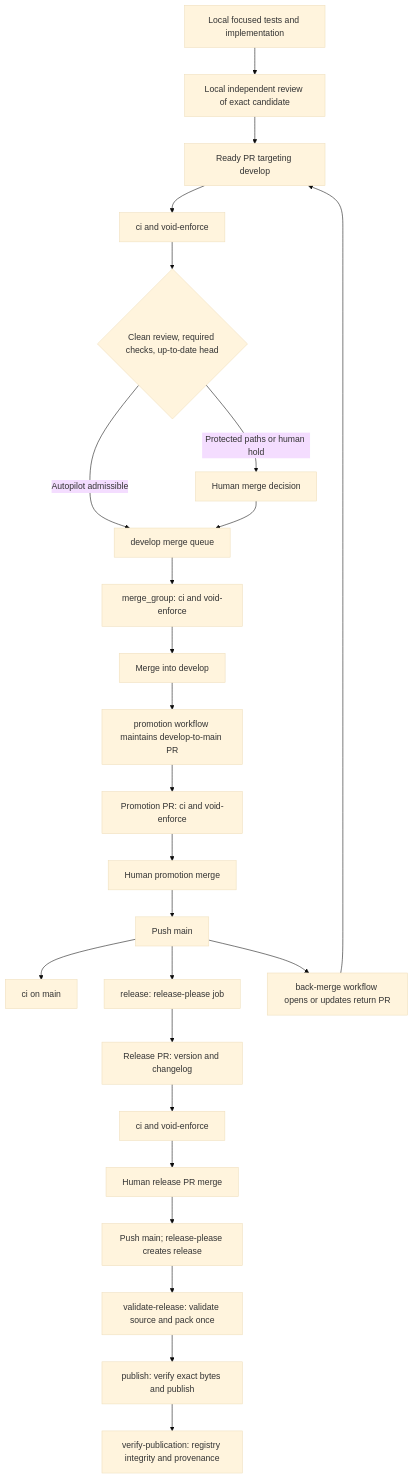
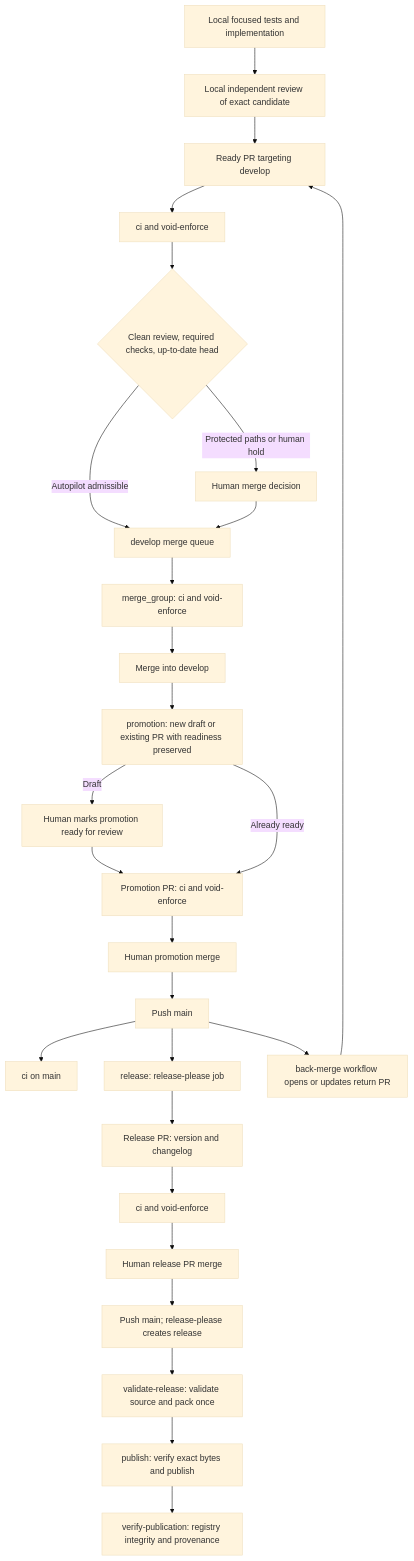
The first of 4 diagrams in docs/CI-CHAIN.md (voidcorp-core/void-machine), drawn with Mermaid (base theme) before and after one commit. The commit also changed other lines of this file and 3 other files, not shown here.

````diff
--- a/docs/CI-CHAIN.md
+++ b/docs/CI-CHAIN.md
@@ -9,27 +10,29 @@
 ```mermaid
 flowchart TD
   Edit[Local focused tests and implementation] --> Review[Local independent review of exact candidate]
   Review --> PR[Ready PR targeting develop]
   PR --> Checks[ci and void-enforce]
   Checks --> Authority{Clean review, required checks, up-to-date head}
   Authority -->|Protected paths or human hold| Person[Human merge decision]
   Authority -->|Autopilot admissible| Queue[develop merge queue]
   Person --> Queue
   Queue --> Group[merge_group: ci and void-enforce]
   Group --> Develop[Merge into develop]
-  Develop --> Promotion[promotion workflow maintains develop-to-main PR]
-  Promotion --> PromotionCI[Promotion PR: ci and void-enforce]
+  Develop --> Promotion[promotion: new draft or existing PR with readiness preserved]
+  Promotion -->|Draft| Prepare[Human marks promotion ready for review]
+  Prepare --> PromotionCI[Promotion PR: ci and void-enforce]
+  Promotion -->|Already ready| PromotionCI
   PromotionCI --> Human[Human promotion merge]
   Human --> Main[Push main]
   Main --> MainCI[ci on main]
   Main --> ReleasePlease[release: release-please job]
   Main --> Backmerge[back-merge workflow opens or updates return PR]
   Backmerge --> PR
   ReleasePlease --> ReleasePR[Release PR: version and changelog]
   ReleasePR --> ReleaseCI[ci and void-enforce]
   ReleaseCI --> HumanRelease[Human release PR merge]
   HumanRelease --> ReleasePush[Push main; release-please creates release]
   ReleasePush --> ValidateRelease[validate-release: validate source and pack once]
   ValidateRelease --> Publish[publish: verify exact bytes and publish]
   Publish --> VerifyPublication[verify-publication: registry integrity and provenance]
 ```
````
